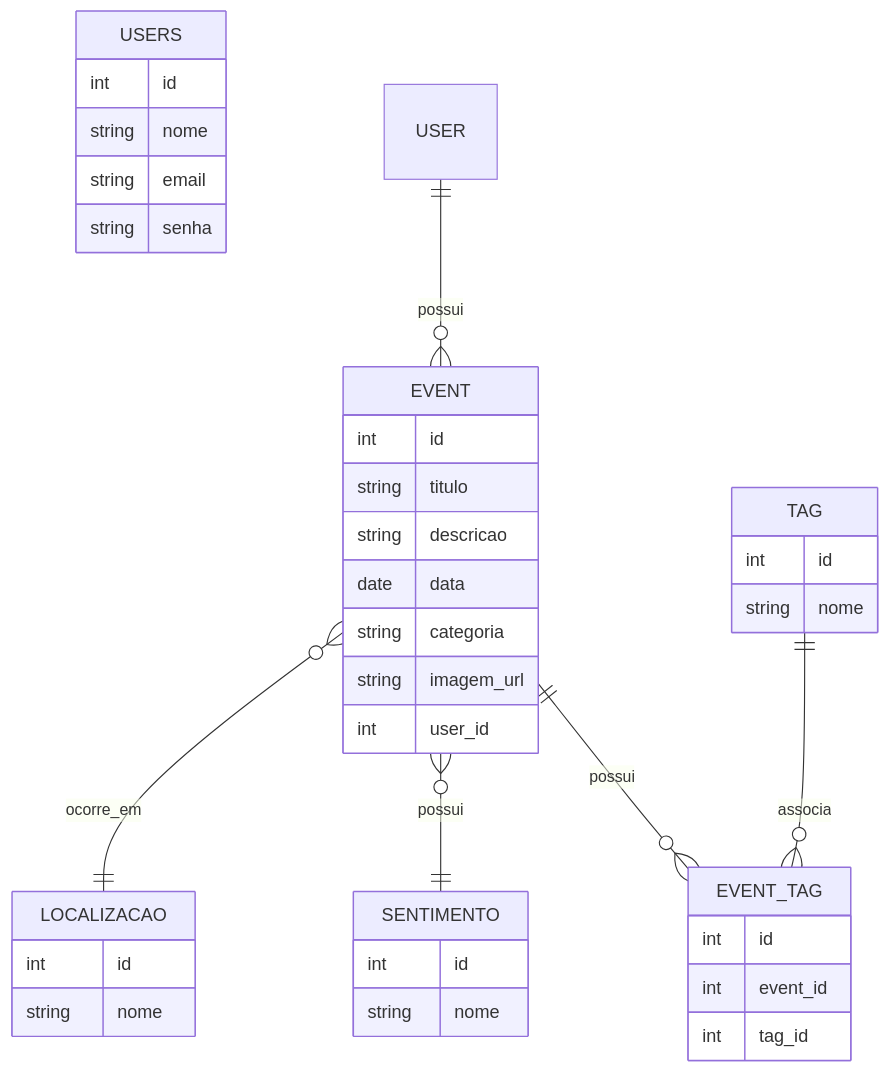
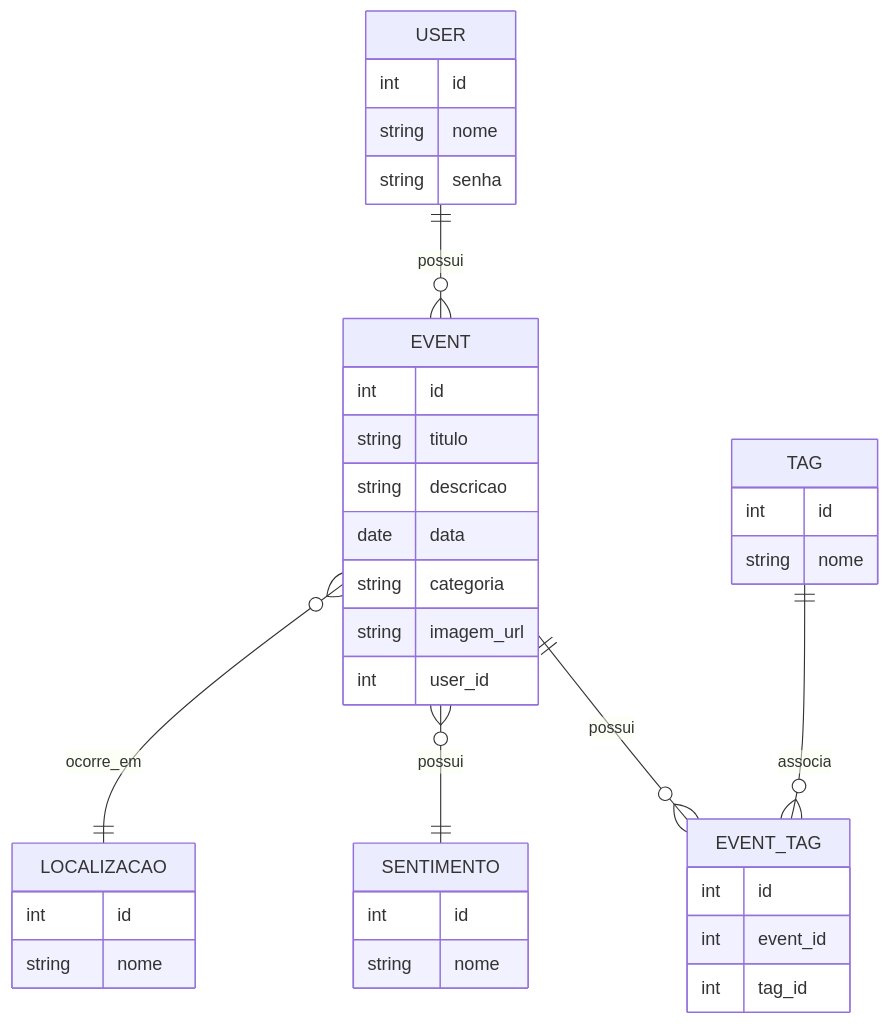
One commit to leonardocpadilha/life-track changed the diagram in docs/spec.md. Above: the diagram before and after it, drawn with Mermaid. The commit also changed other lines of this file, not shown here.

Commit message:
Atualização do Diagrama Entidade-Relacionamento

````diff
--- a/docs/spec.md
+++ b/docs/spec.md
@@ -7,46 +7,45 @@
 ```mermaid
 erDiagram
-USERS {
-  int id
-  string nome
-  string email
-  string senha
-}
+    USER {
+        int id
+        string nome
+        string senha
+    }
 
-EVENT {
-  int id
-  string titulo
-  string descricao
-  date data
-  string categoria
-  string imagem_url
-  int user_id
-}
+    EVENT {
+        int id
+        string titulo
+        string descricao
+        date data
+        string categoria
+        string imagem_url
+        int user_id
+    }
 
-TAG {
-  int id
-  string nome
-}
+    TAG {
+        int id
+        string nome
+    }
 
-SENTIMENTO {
-  int id
-  string nome
-}
+    SENTIMENTO {
+        int id
+        string nome
+    }
 
-LOCALIZACAO {
-  int id
-  string nome
-}
+    LOCALIZACAO {
+        int id
+        string nome
+    }
 
-EVENT_TAG {
-  int id
-  int event_id
-  int tag_id
-}
+    EVENT_TAG {
+        int id
+        int event_id
+        int tag_id
+    }
 
-USER ||--o{ EVENT : possui
-EVENT ||--o{ EVENT_TAG : possui
-TAG ||--o{ EVENT_TAG : associa
-EVENT }o--|| SENTIMENTO : possui
-EVENT }o--|| LOCALIZACAO : ocorre_em
+    USER ||--o{ EVENT : "possui"
+    EVENT ||--o{ EVENT_TAG : "possui"
+    TAG ||--o{ EVENT_TAG : "associa"
+    EVENT }o--|| SENTIMENTO : "possui"
+    EVENT }o--|| LOCALIZACAO : "ocorre_em"
 ```
````
